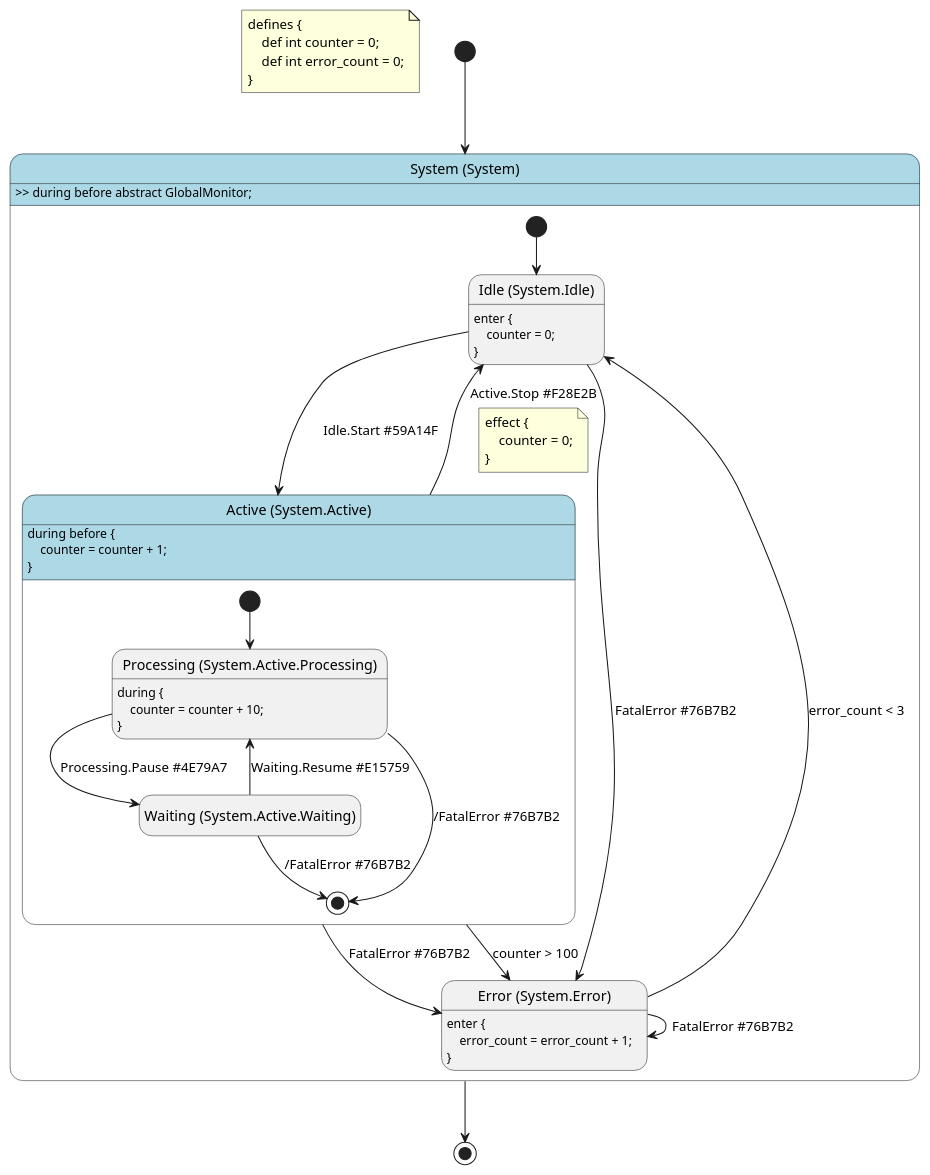
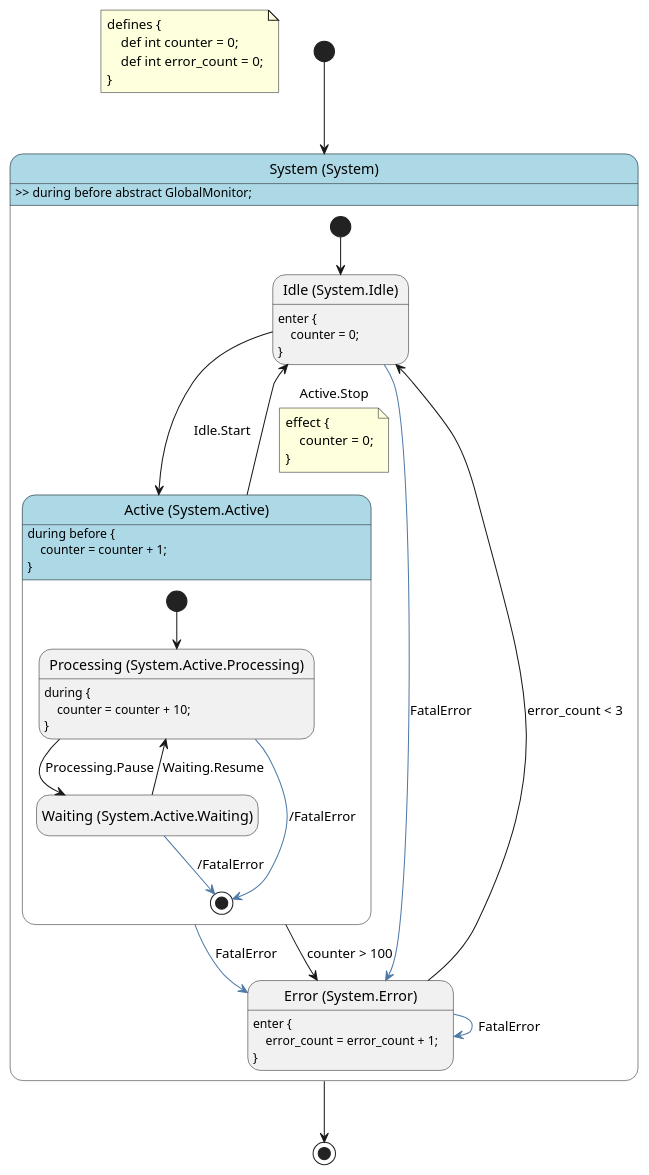
One commit to HansBug/pyfcstm changed the diagram in docs/source/tutorials/visualization/output_advanced.puml. Above: the diagram before and after it, drawn with PlantUML. The commit also changed 6 other files, not shown here.

First line of the commit message:
feat: refine event color strategy for PlantUML transitions

```diff
--- a/docs/source/tutorials/visualization/output_advanced.puml
+++ b/docs/source/tutorials/visualization/output_advanced.puml
@@ -1,51 +1,51 @@
 @startuml
 hide empty description
 
 skinparam state {
   BackgroundColor<<pseudo>> LightGray
   BackgroundColor<<composite>> LightBlue
   BorderColor<<pseudo>> Gray
   FontStyle<<pseudo>> italic
 }
 
 note as DefinitionNote
 defines {
     def int counter = 0;
     def int error_count = 0;
 }
 end note
 
 state "System (System)" as system <<composite>> {
     state "Idle (System.Idle)" as system__idle
     system__idle : enter {\n    counter = 0;\n}
     state "Active (System.Active)" as system__active <<composite>> {
         state "Processing (System.Active.Processing)" as system__active__processing
         system__active__processing : during {\n    counter = counter + 10;\n}
         state "Waiting (System.Active.Waiting)" as system__active__waiting
-        system__active__processing --> [*] : /FatalError #76B7B2
-        system__active__waiting --> [*] : /FatalError #76B7B2
+        system__active__processing -[#4E79A7]-> [*] : /FatalError
+        system__active__waiting -[#4E79A7]-> [*] : /FatalError
         [*] --> system__active__processing
-        system__active__processing --> system__active__waiting : Processing.Pause #4E79A7
-        system__active__waiting --> system__active__processing : Waiting.Resume #E15759
+        system__active__processing --> system__active__waiting : Processing.Pause
+        system__active__waiting --> system__active__processing : Waiting.Resume
     }
     system__active : during before {\n    counter = counter + 1;\n}
     state "Error (System.Error)" as system__error
     system__error : enter {\n    error_count = error_count + 1;\n}
-    system__idle --> system__error : FatalError #76B7B2
-    system__active --> system__error : FatalError #76B7B2
-    system__error --> system__error : FatalError #76B7B2
+    system__idle -[#4E79A7]-> system__error : FatalError
+    system__active -[#4E79A7]-> system__error : FatalError
+    system__error -[#4E79A7]-> system__error : FatalError
     [*] --> system__idle
-    system__idle --> system__active : Idle.Start #59A14F
-    system__active --> system__idle : Active.Stop #F28E2B
+    system__idle --> system__active : Idle.Start
+    system__active --> system__idle : Active.Stop
     note on link
     effect {
         counter = 0;
     }
     end note
     system__active --> system__error : counter > 100
     system__error --> system__idle : error_count < 3
 }
 system : >> during before abstract GlobalMonitor;
 [*] --> system
 system --> [*]
 @enduml
```
